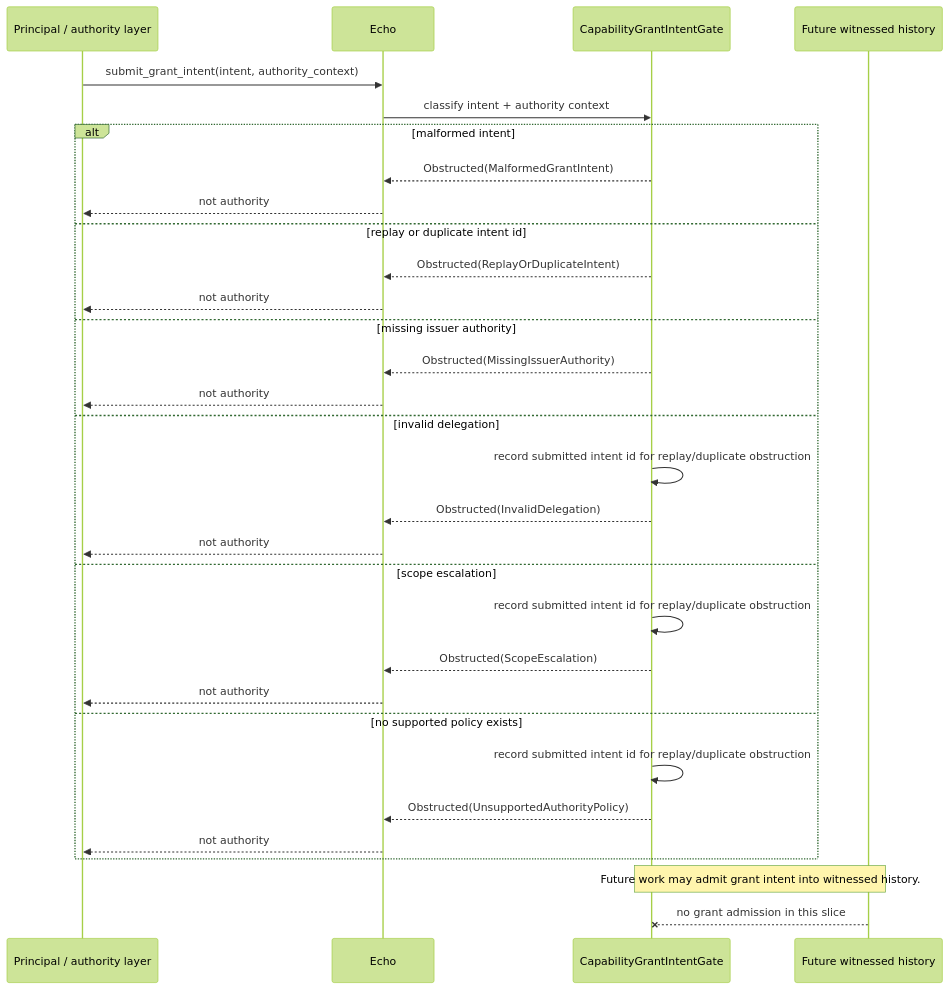
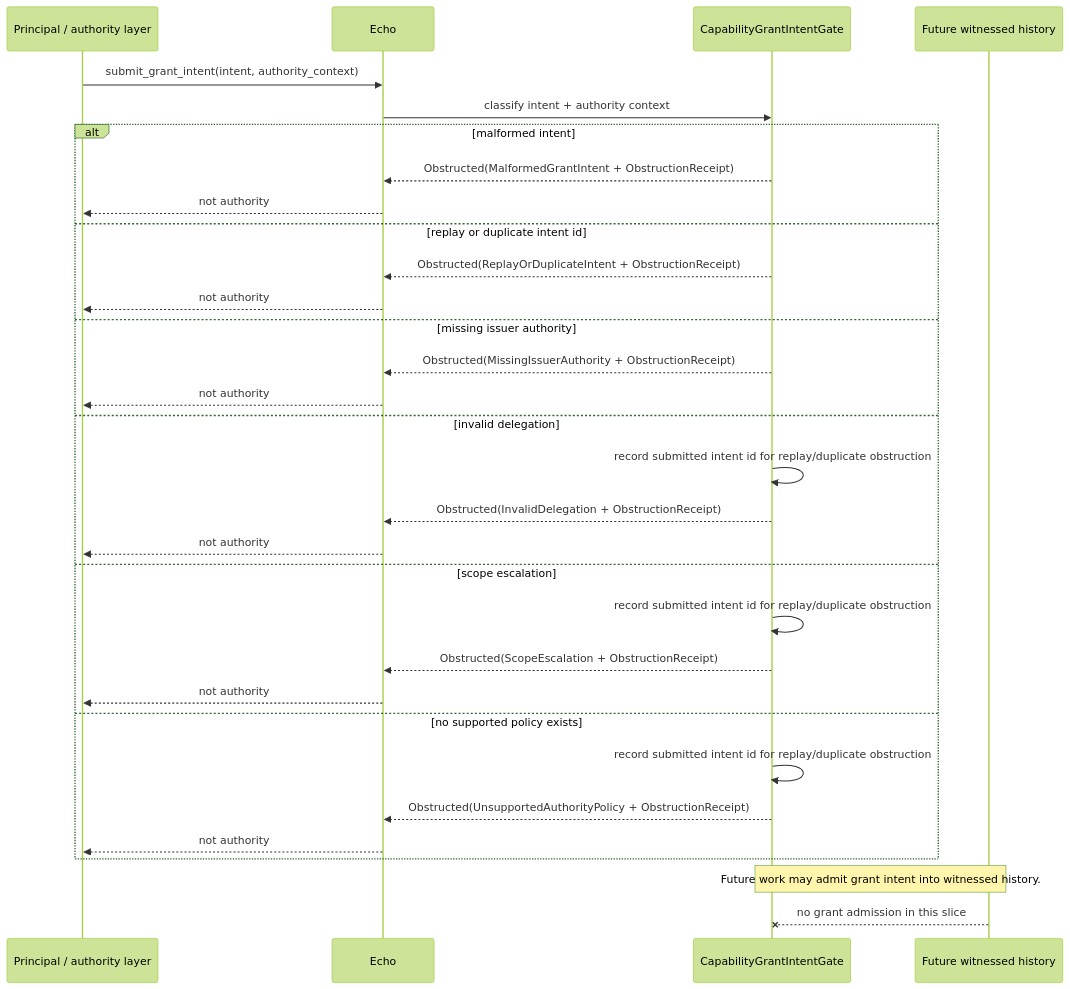
The second of 5 diagrams in docs/design/optic-capability-grant-intent-boundary.md (flyingrobots/echo), drawn with Mermaid (forest theme) before and after one commit. The commit also changed other lines of this file and 4 other files, not shown here.

Commit message:
test(core): reconcile grant obstruction receipts

````diff
--- a/docs/design/optic-capability-grant-intent-boundary.md
+++ b/docs/design/optic-capability-grant-intent-boundary.md
@@ -91,35 +95,35 @@
 ```mermaid
 sequenceDiagram
   participant P as Principal / authority layer
   participant E as Echo
   participant G as CapabilityGrantIntentGate
   participant H as Future witnessed history
 
   P->>E: submit_grant_intent(intent, authority_context)
   E->>G: classify intent + authority context
   alt malformed intent
-    G-->>E: Obstructed(MalformedGrantIntent)
+    G-->>E: Obstructed(MalformedGrantIntent + ObstructionReceipt)
     E-->>P: not authority
   else replay or duplicate intent id
-    G-->>E: Obstructed(ReplayOrDuplicateIntent)
+    G-->>E: Obstructed(ReplayOrDuplicateIntent + ObstructionReceipt)
     E-->>P: not authority
   else missing issuer authority
-    G-->>E: Obstructed(MissingIssuerAuthority)
+    G-->>E: Obstructed(MissingIssuerAuthority + ObstructionReceipt)
     E-->>P: not authority
   else invalid delegation
     G->>G: record submitted intent id for replay/duplicate obstruction
-    G-->>E: Obstructed(InvalidDelegation)
+    G-->>E: Obstructed(InvalidDelegation + ObstructionReceipt)
     E-->>P: not authority
   else scope escalation
     G->>G: record submitted intent id for replay/duplicate obstruction
-    G-->>E: Obstructed(ScopeEscalation)
+    G-->>E: Obstructed(ScopeEscalation + ObstructionReceipt)
     E-->>P: not authority
   else no supported policy exists
     G->>G: record submitted intent id for replay/duplicate obstruction
-    G-->>E: Obstructed(UnsupportedAuthorityPolicy)
+    G-->>E: Obstructed(UnsupportedAuthorityPolicy + ObstructionReceipt)
     E-->>P: not authority
   end
 
   Note over G,H: Future work may admit grant intent into witnessed history.
   H--xG: no grant admission in this slice
 ```
````
